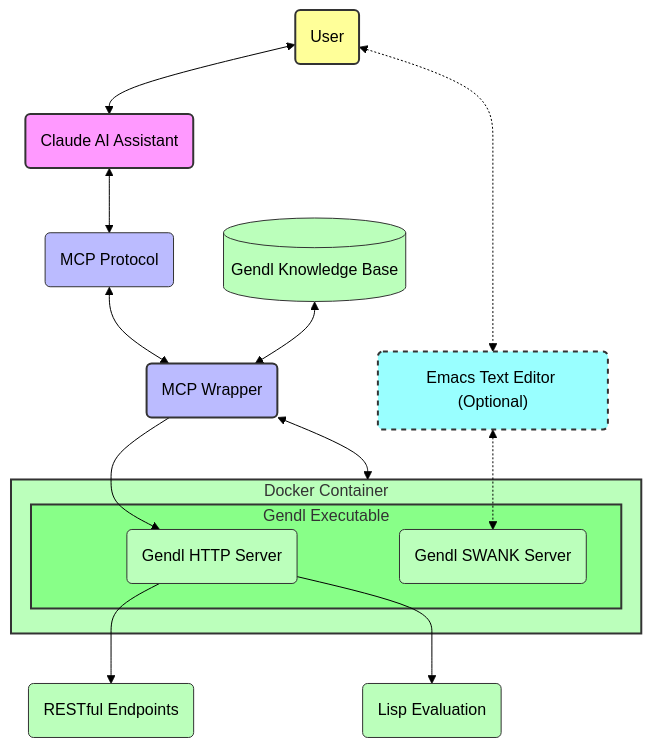
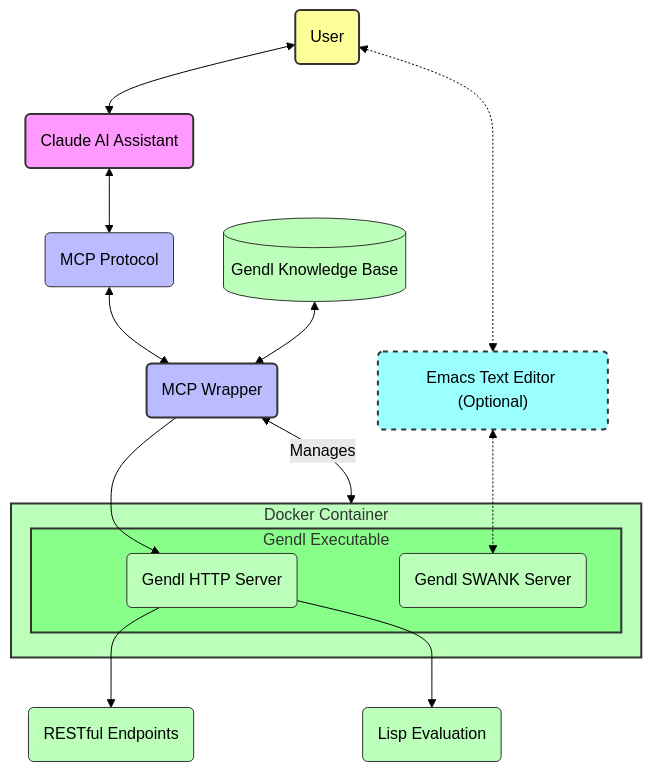
One commit to gendl/gendl-mcp changed the diagram in README.md. Above: the diagram before and after it, drawn with Mermaid (forest theme). The commit also changed other lines of this file, not shown here.

Commit message:
fix mermaid diagram

````diff
--- a/README.md
+++ b/README.md
@@ -45,37 +45,37 @@
 ```mermaid
 flowchart TB
     User("User") <--> Claude("Claude AI Assistant")
     User <-.-> Emacs("Emacs Text Editor (Optional)")
     
     Claude <--> MCP("MCP Protocol")
     MCP <--> Wrapper("MCP Wrapper")
-    Wrapper <--> Docker("Docker Container")
+    Wrapper <-- "Manages" --> Docker("Docker Container")
     Wrapper --> GendlHttp("Gendl HTTP Server")
     
     subgraph Docker["Docker Container"]
     subgraph GendlExec["Gendl Executable"]
     GendlHttp
     GendlSwank("Gendl SWANK Server")
     end
     end
     
     Emacs <-.-> GendlSwank
     
     KB[("Gendl Knowledge Base")] <--> Wrapper
     
     GendlHttp --> Endpoints("RESTful Endpoints")
     GendlHttp --> LispEval("Lisp Evaluation")
     
     style User fill:#ff9,stroke:#333,stroke-width:2px
     style Claude fill:#f9f,stroke:#333,stroke-width:2px
     style Emacs fill:#9ff,stroke:#333,stroke-width:2px,stroke-dasharray:5
     style Wrapper fill:#bbf,stroke:#333,stroke-width:2px
     style MCP fill:#bbf,stroke:#333,stroke-width:1px
     style Docker fill:#bfb,stroke:#333,stroke-width:2px
     style GendlExec fill:#8f8,stroke:#333,stroke-width:2px
     style GendlHttp fill:#bfb,stroke:#333,stroke-width:1px
     style GendlSwank fill:#bfb,stroke:#333,stroke-width:1px
     style KB fill:#bfb,stroke:#333,stroke-width:1px
     style Endpoints fill:#bfb,stroke:#333,stroke-width:1px
     style LispEval fill:#bfb,stroke:#333,stroke-width:1px
 ```
````
